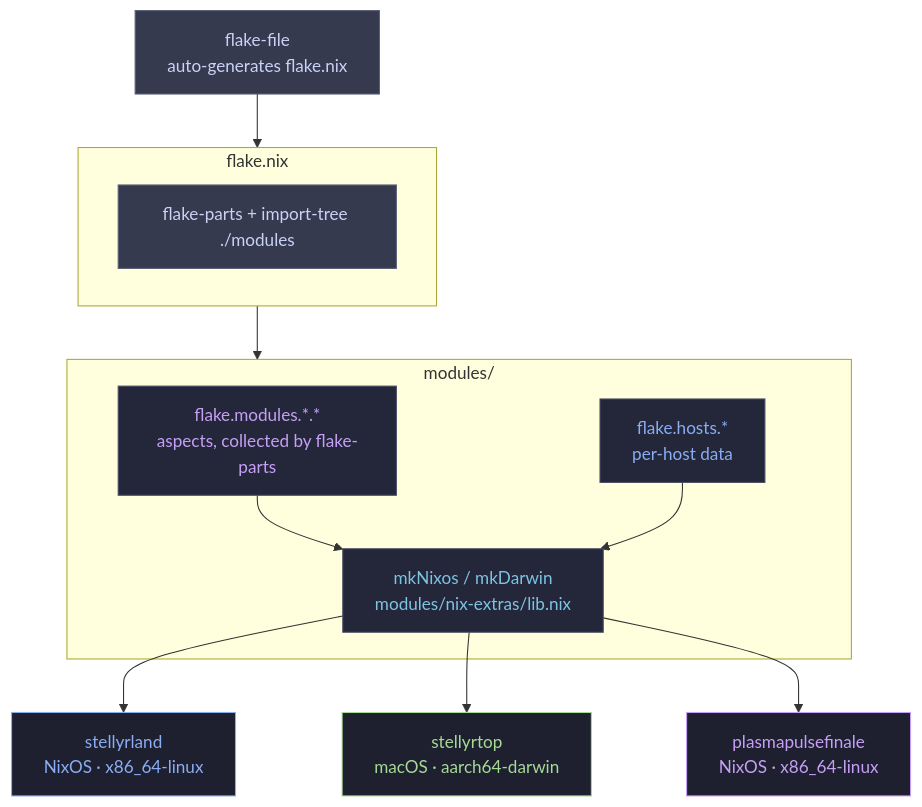
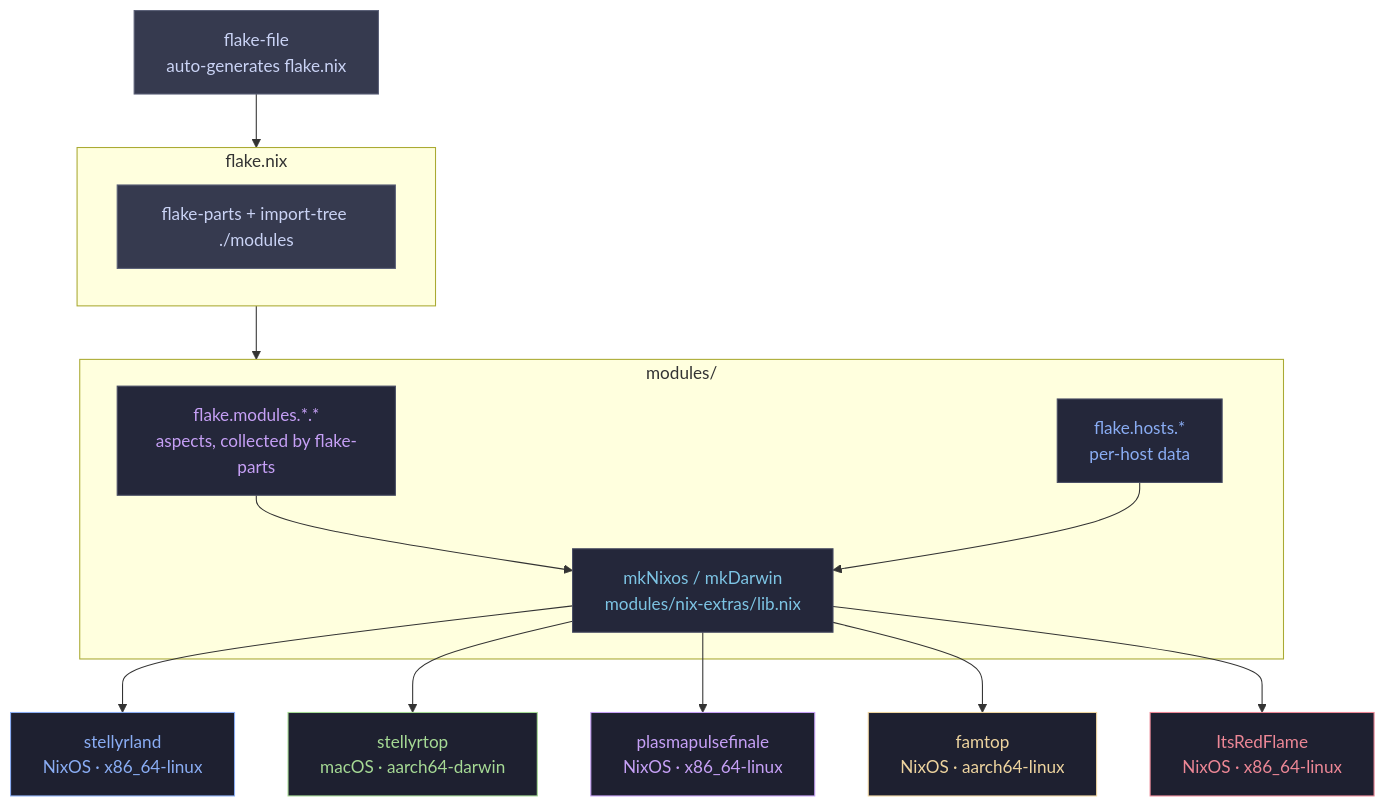
Before and after one commit to iStellanova/Stellyrland: the diagram in README.md, drawn with Mermaid. The commit also changed other lines of this file and 24 other files, not shown here.

````diff
--- a/README.md
+++ b/README.md
@@ -59,31 +59,35 @@
 ```mermaid
 flowchart TD
     FF["flake-file\nauto-generates flake.nix"]
 
     subgraph FLAKE["flake.nix"]
         IT["flake-parts + import-tree ./modules"]
     end
 
     subgraph MODS["modules/"]
         AGG["flake.modules.*.*\naspects, collected by flake-parts"]
         HOSTDATA["flake.hosts.*\nper-host data"]
         MK["mkNixos / mkDarwin\nmodules/nix-extras/lib.nix"]
     end
 
     FF --> FLAKE
     FLAKE --> MODS
     AGG --> MK
     HOSTDATA --> MK
     MK --> SL["stellyrland\nNixOS · x86_64-linux"]
     MK --> ST["stellyrtop\nmacOS · aarch64-darwin"]
     MK --> PPF["plasmapulsefinale\nNixOS · x86_64-linux"]
+    MK --> FT["famtop\nNixOS · aarch64-linux"]
+    MK --> IRF["ItsRedFlame\nNixOS · x86_64-linux"]
 
     style FF fill:#363a4f,color:#cad3f5,stroke:#5b6078
     style IT fill:#363a4f,color:#cad3f5,stroke:#5b6078
     style AGG fill:#24273a,color:#c6a0f6,stroke:#494d64
     style HOSTDATA fill:#24273a,color:#8aadf4,stroke:#494d64
     style MK fill:#24273a,color:#7dc4e4,stroke:#494d64
     style SL fill:#1e2030,color:#8aadf4,stroke:#8aadf4
     style ST fill:#1e2030,color:#a6da95,stroke:#a6da95
     style PPF fill:#1e2030,color:#c6a0f6,stroke:#c6a0f6
+    style FT fill:#1e2030,color:#eed49f,stroke:#eed49f
+    style IRF fill:#1e2030,color:#ed8796,stroke:#ed8796
 ```
````
